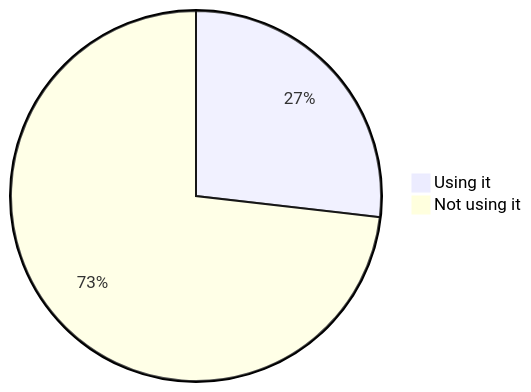
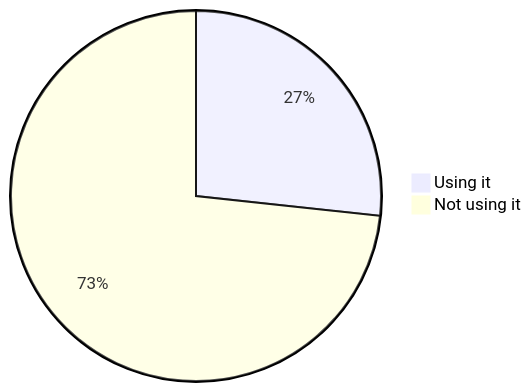
Before and after one commit to oshp/oshp-stats: the ninth of 22 diagrams in stats.md, drawn with Mermaid. The commit also changed other lines of this file, not shown here.

````diff
--- a/stats.md
+++ b/stats.md
@@ -106,6 +106,6 @@
 ```mermaid
 pie
-	"Using it" : 26.83
-	"Not using it" : 73.17
+	"Using it" : 26.71
+	"Not using it" : 73.29
 
 ```
````
